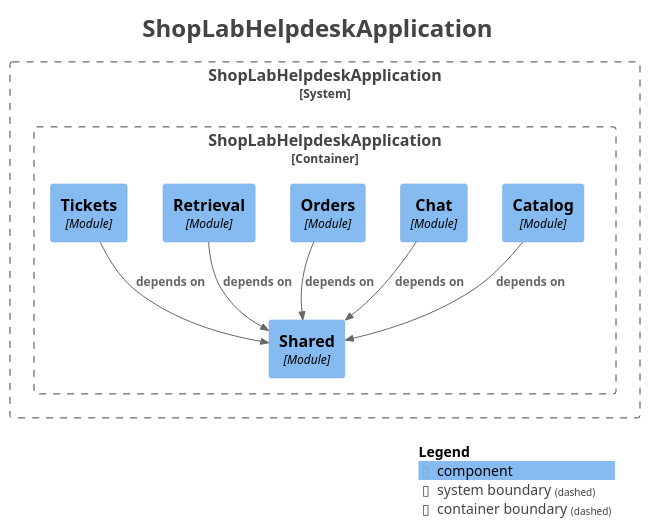
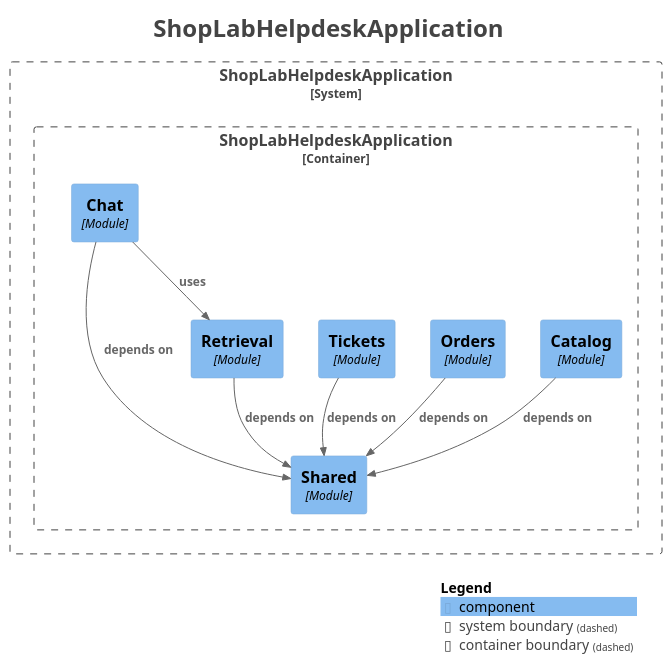
Before and after one commit to leandroAmariles/shoplab-helpdesk: the diagram in docs/modulos/components.puml, drawn with PlantUML. The commit also changed 61 other files, not shown here.

Commit message:
feat(chat): [LAB-22] respuestas aumentadas con los documentos (RAG) (#94)

```diff
--- a/docs/modulos/components.puml
+++ b/docs/modulos/components.puml
@@ -1,38 +1,39 @@
 @startuml
 title <size:24>ShopLabHelpdeskApplication</size>
 
 set separator none
 top to bottom direction
 
 <style>
   root {
     BackgroundColor: #ffffff
     FontColor: #444444
   }
 </style>
 
 !include <C4/C4>
 !include <C4/C4_Context>
 !include <C4/C4_Component>
 
 System_Boundary("ShopLabHelpdeskApplication_boundary", "ShopLabHelpdeskApplication", $tags="") {
   Container_Boundary("ShopLabHelpdeskApplication.ShopLabHelpdeskApplication_boundary", "ShopLabHelpdeskApplication", $tags="") {
     Component(ShopLabHelpdeskApplication.ShopLabHelpdeskApplication.Shared, "Shared", $techn="Module", $descr="", $tags="", $link="")
     Component(ShopLabHelpdeskApplication.ShopLabHelpdeskApplication.Catalog, "Catalog", $techn="Module", $descr="", $tags="", $link="")
-    Component(ShopLabHelpdeskApplication.ShopLabHelpdeskApplication.Chat, "Chat", $techn="Module", $descr="", $tags="", $link="")
     Component(ShopLabHelpdeskApplication.ShopLabHelpdeskApplication.Orders, "Orders", $techn="Module", $descr="", $tags="", $link="")
     Component(ShopLabHelpdeskApplication.ShopLabHelpdeskApplication.Retrieval, "Retrieval", $techn="Module", $descr="", $tags="", $link="")
     Component(ShopLabHelpdeskApplication.ShopLabHelpdeskApplication.Tickets, "Tickets", $techn="Module", $descr="", $tags="", $link="")
+    Component(ShopLabHelpdeskApplication.ShopLabHelpdeskApplication.Chat, "Chat", $techn="Module", $descr="", $tags="", $link="")
   }
 
 }
 
 Rel(ShopLabHelpdeskApplication.ShopLabHelpdeskApplication.Catalog, ShopLabHelpdeskApplication.ShopLabHelpdeskApplication.Shared, "depends on", $techn="", $tags="", $link="")
+Rel(ShopLabHelpdeskApplication.ShopLabHelpdeskApplication.Chat, ShopLabHelpdeskApplication.ShopLabHelpdeskApplication.Retrieval, "uses", $techn="", $tags="", $link="")
 Rel(ShopLabHelpdeskApplication.ShopLabHelpdeskApplication.Chat, ShopLabHelpdeskApplication.ShopLabHelpdeskApplication.Shared, "depends on", $techn="", $tags="", $link="")
 Rel(ShopLabHelpdeskApplication.ShopLabHelpdeskApplication.Orders, ShopLabHelpdeskApplication.ShopLabHelpdeskApplication.Shared, "depends on", $techn="", $tags="", $link="")
 Rel(ShopLabHelpdeskApplication.ShopLabHelpdeskApplication.Retrieval, ShopLabHelpdeskApplication.ShopLabHelpdeskApplication.Shared, "depends on", $techn="", $tags="", $link="")
 Rel(ShopLabHelpdeskApplication.ShopLabHelpdeskApplication.Tickets, ShopLabHelpdeskApplication.ShopLabHelpdeskApplication.Shared, "depends on", $techn="", $tags="", $link="")
 
 SHOW_LEGEND(true)
 hide stereotypes
 @enduml
```
